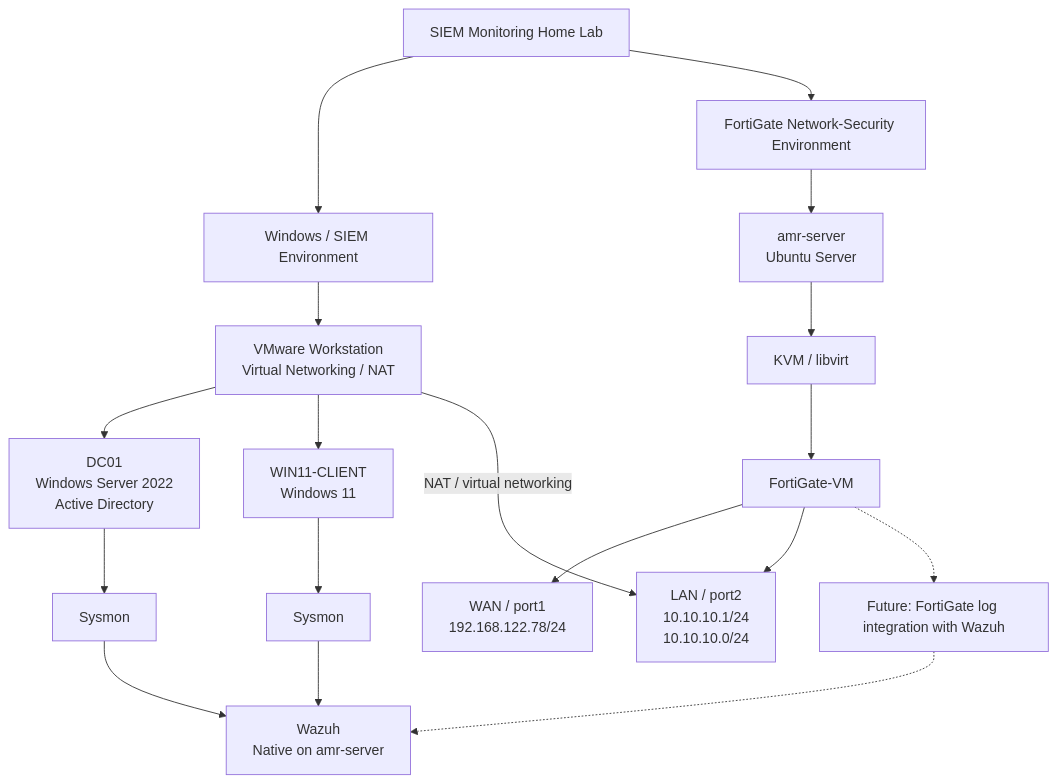
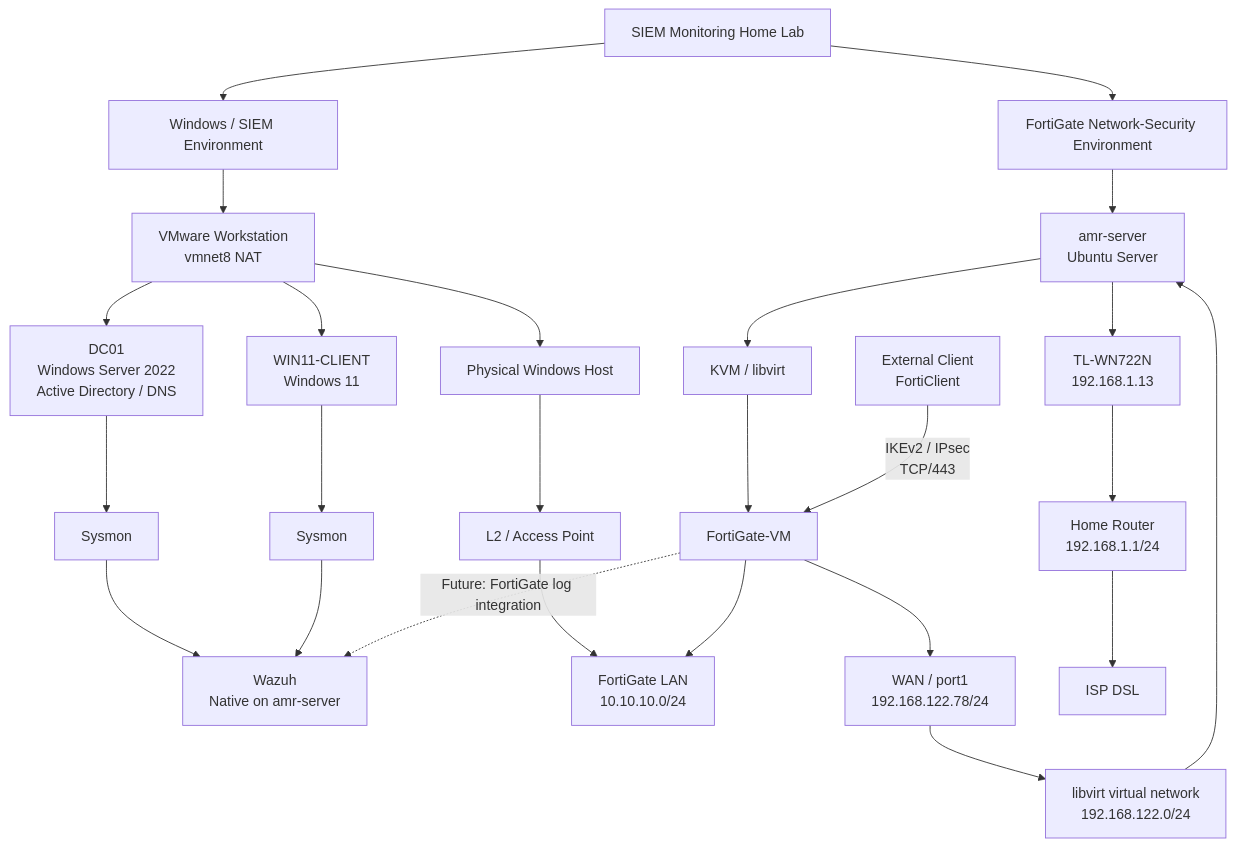
The diagram in docs/00-Current-Lab-Architecture.md (amr294/SIEM-Monitoring-Home-Lab), drawn with Mermaid before and after one commit. The commit also changed other lines of this file and 5 other files, not shown here.

Commit message:
align architecture and FortiGate documentation

````diff
--- a/docs/00-Current-Lab-Architecture.md
+++ b/docs/00-Current-Lab-Architecture.md
@@ -53,30 +112,45 @@
 ```mermaid
 flowchart TB
     LAB[SIEM Monitoring Home Lab]
 
     LAB --> WINENV[Windows / SIEM Environment]
     LAB --> FGENV[FortiGate Network-Security Environment]
 
-    WINENV --> VMWARE[VMware Workstation<br/>Virtual Networking / NAT]
+    %% Windows / SIEM environment
+    WINENV --> VMWARE[VMware Workstation<br/>vmnet8 NAT]
 
-    VMWARE --> DC[DC01<br/>Windows Server 2022<br/>Active Directory]
+    VMWARE --> DC[DC01<br/>Windows Server 2022<br/>Active Directory / DNS]
     VMWARE --> WIN11[WIN11-CLIENT<br/>Windows 11]
 
     DC --> SYS1[Sysmon]
     WIN11 --> SYS2[Sysmon]
 
     SYS1 --> WAZUH[Wazuh<br/>Native on amr-server]
     SYS2 --> WAZUH
 
+    VMWARE --> WINHOST[Physical Windows Host]
+    WINHOST --> AP[L2 / Access Point]
+    AP --> FGLAN[FortiGate LAN<br/>10.10.10.0/24]
+
+    %% FortiGate / Ubuntu environment
     FGENV --> UBUNTU[amr-server<br/>Ubuntu Server]
     UBUNTU --> KVM[KVM / libvirt]
     KVM --> FGT[FortiGate-VM]
 
+    FGT --> FGLAN
     FGT --> WAN[WAN / port1<br/>192.168.122.78/24]
-    FGT --> LAN[LAN / port2<br/>10.10.10.1/24<br/>10.10.10.0/24]
 
-    VMWARE -->|NAT / virtual networking| LAN
+    WAN --> LIBVIRT[libvirt virtual network<br/>192.168.122.0/24]
+    LIBVIRT --> UBUNTU
 
-    FGT -.-> FWAZUH[Future: FortiGate log integration with Wazuh]
-    FWAZUH -.-> WAZUH
+    UBUNTU --> WN[TL-WN722N<br/>192.168.1.13]
+    WN --> ROUTER[Home Router<br/>192.168.1.1/24]
+    ROUTER --> ISP[ISP DSL]
+
+    %% Remote access VPN
+    REMOTE[External Client<br/>FortiClient]
+    REMOTE -->|IKEv2 / IPsec<br/>TCP/443| FGT
+
+    %% Future SIEM integration
+    FGT -.->|Future: FortiGate log integration| WAZUH
 ```
````
